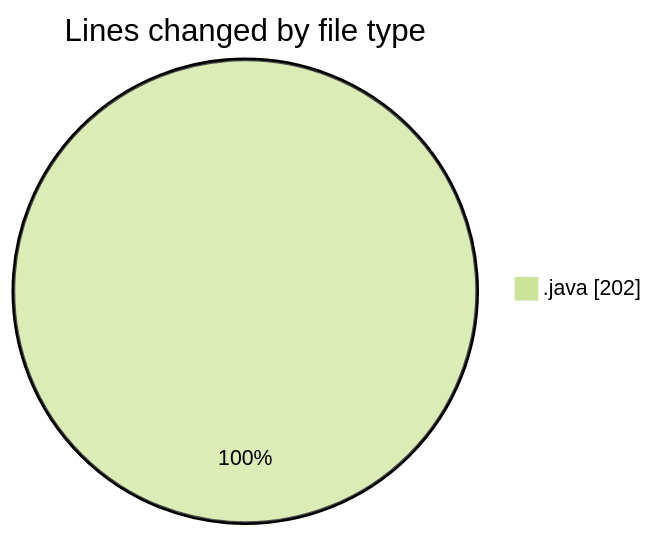
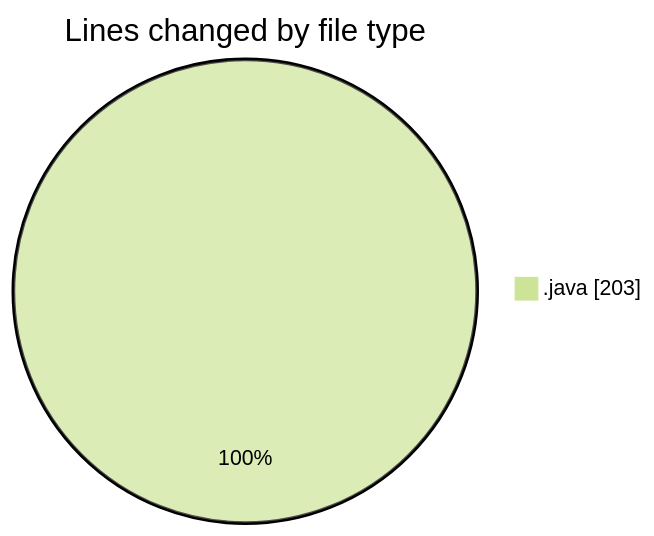
One commit to NitaiMahat/code-tracking changed the first of 2 diagrams in 2025-02-27/project1/README.md. Above: the diagram before and after it, drawn with Mermaid (forest theme). The commit also changed other lines of this file and 1 other file, not shown here.

````diff
--- a/2025-02-27/project1/README.md
+++ b/2025-02-27/project1/README.md
@@ -20,5 +20,5 @@
 ```mermaid
 pie showData
 title Lines changed by file type
-".java" : 202
+".java" : 203
 ```
````
